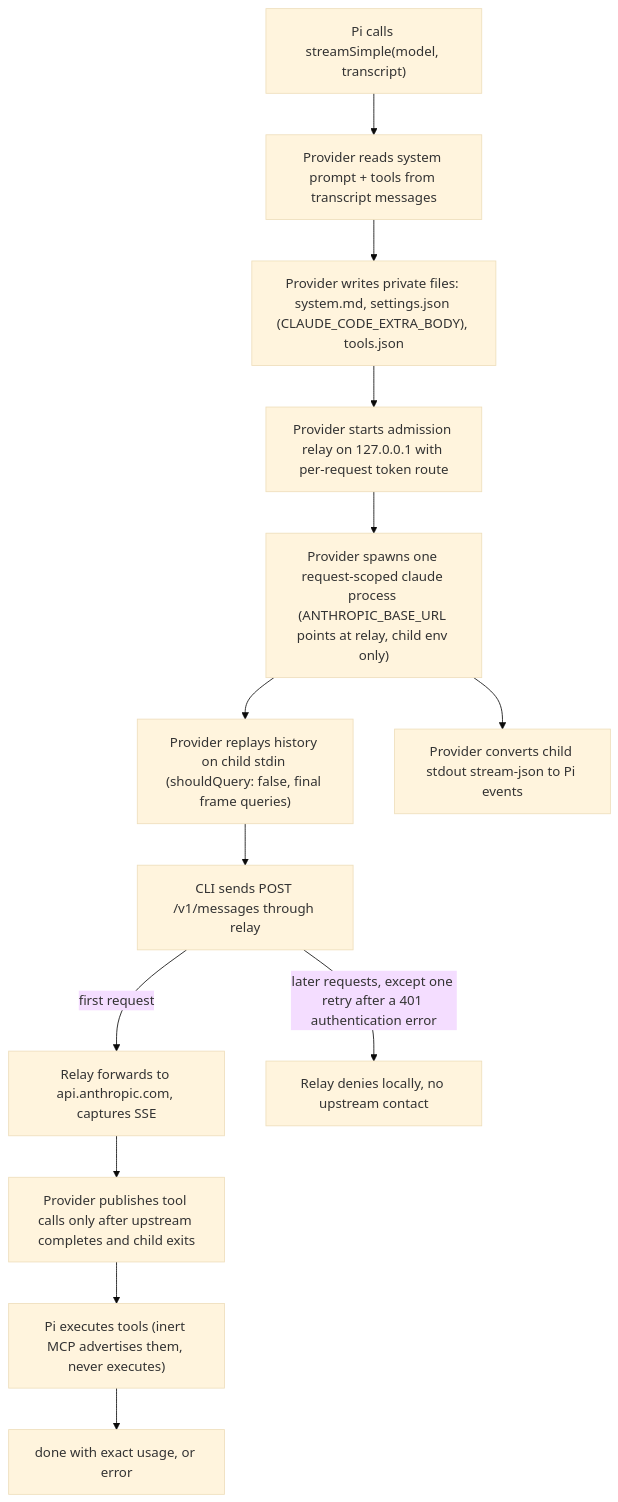
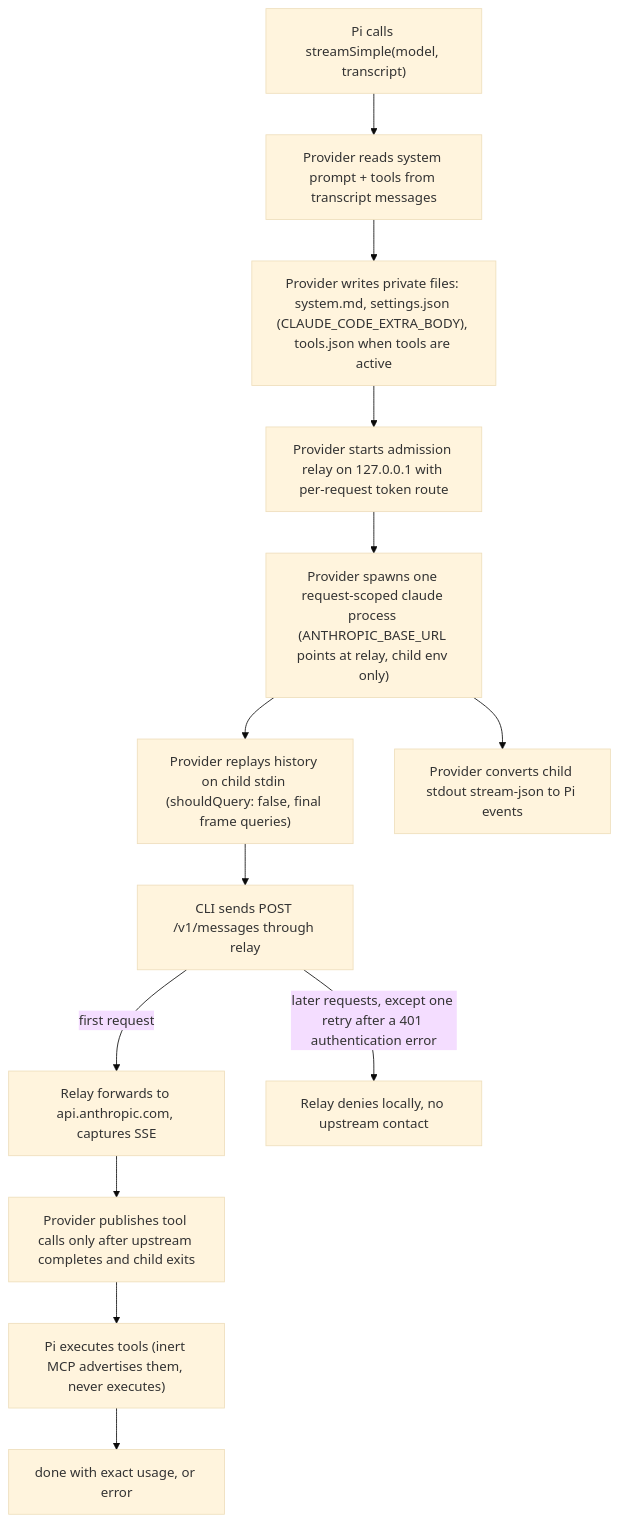
The diagram in docs/architecture.md (yamatakeru/pi-claude-directsdk), drawn with Mermaid (base theme) before and after one commit. The commit also changed other lines of this file and 3 other files, not shown here.

````diff
--- a/docs/architecture.md
+++ b/docs/architecture.md
@@ -5,15 +5,15 @@
 ```mermaid
 flowchart TD
     A["Pi calls streamSimple(model, transcript)"] --> B["Provider reads system prompt + tools from transcript messages"]
-    B --> C["Provider writes private files: system.md, settings.json (CLAUDE_CODE_EXTRA_BODY), tools.json"]
+    B --> C["Provider writes private files: system.md, settings.json (CLAUDE_CODE_EXTRA_BODY), tools.json when tools are active"]
     C --> D["Provider starts admission relay on 127.0.0.1 with per-request token route"]
     D --> E["Provider spawns one request-scoped claude process (ANTHROPIC_BASE_URL points at relay, child env only)"]
     E --> F["Provider replays history on child stdin (shouldQuery: false, final frame queries)"]
     F --> G["CLI sends POST /v1/messages through relay"]
     G -->|first request| H["Relay forwards to api.anthropic.com, captures SSE"]
     G -->|later requests, except one retry after a 401 authentication error| I["Relay denies locally, no upstream contact"]
     E --> J["Provider converts child stdout stream-json to Pi events"]
     H --> K["Provider publishes tool calls only after upstream completes and child exits"]
     K --> L["Pi executes tools (inert MCP advertises them, never executes)"]
     L --> M["done with exact usage, or error"]
 ```
````
